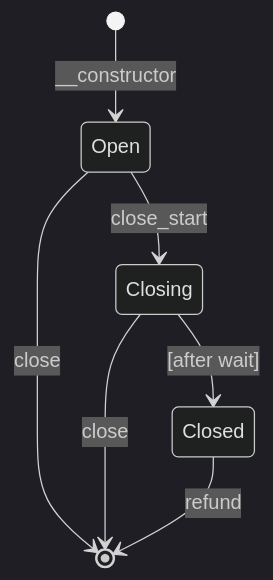
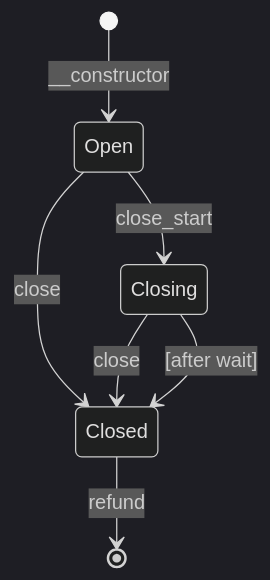
One commit to stellar-experimental/one-way-channel changed the diagram in README.md. Above: the diagram before and after it, drawn with Mermaid (dark theme).

Commit message:
update state diagram to show Closed state

````diff
--- a/README.md
+++ b/README.md
@@ -41,9 +41,9 @@
 ```mermaid
 stateDiagram-v2
     [*] --> Open: __constructor
-    Open --> [*]: close
+    Open --> Closed: close
     Open --> Closing: close_start
-    Closing --> [*]: close
+    Closing --> Closed: close
     Closing --> Closed: [after wait]
     Closed --> [*]: refund
 ```
````
